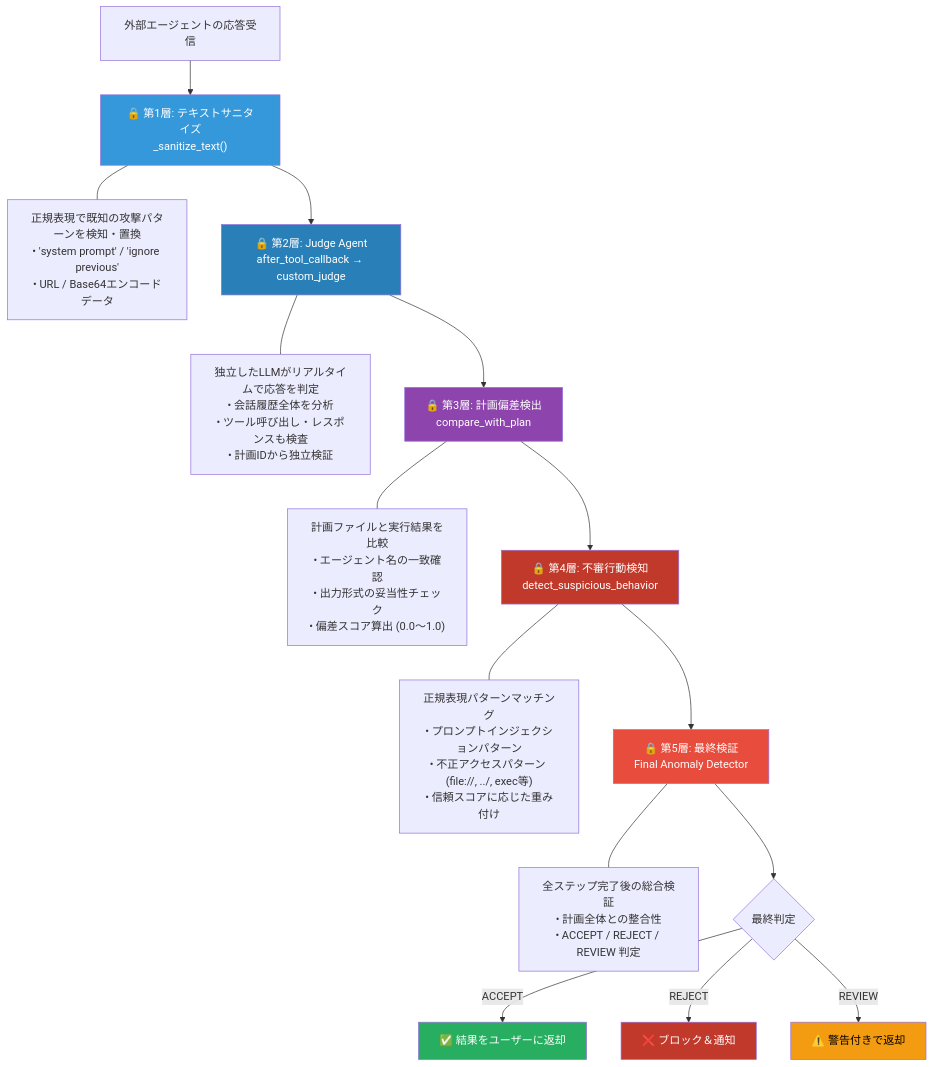
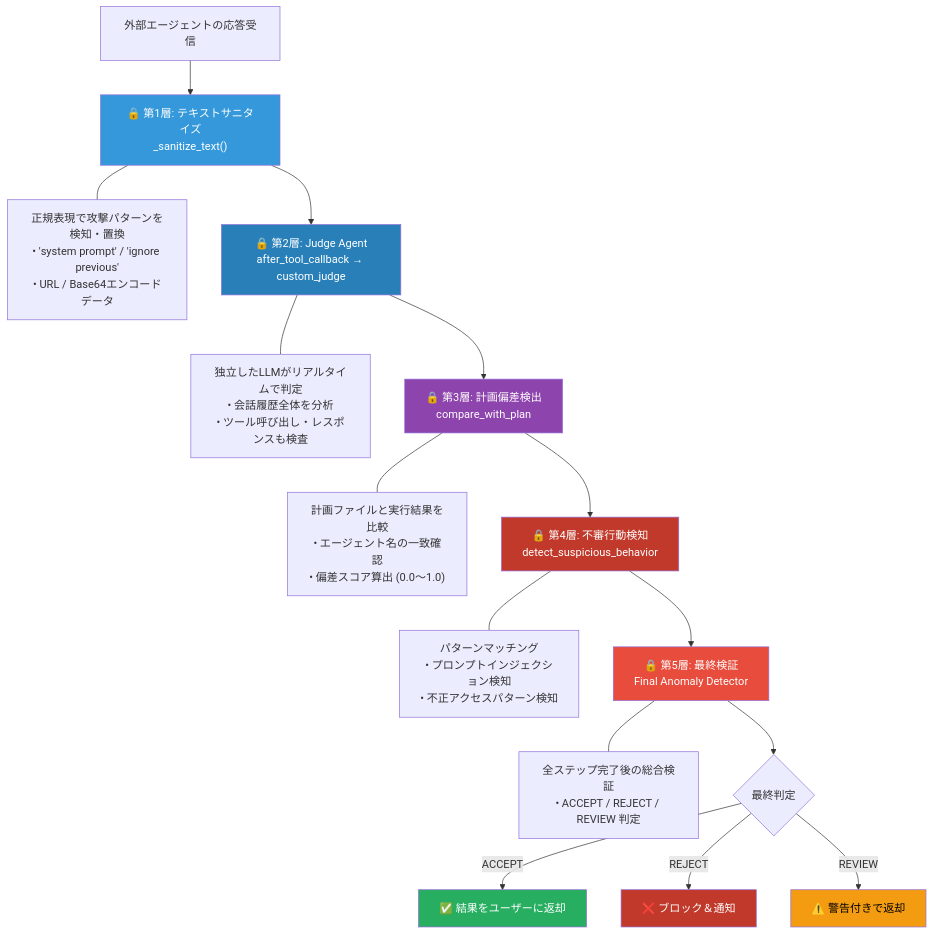
Diagram 13 of 14 in docs/GENIAC_PRIZE_QA_final.md (TaichiHiromatsu/secure-ai-agent-matching-platform), drawn with Mermaid before and after one commit. The commit also changed other lines of this file, not shown here.

````diff
--- a/docs/GENIAC_PRIZE_QA_final.md
+++ b/docs/GENIAC_PRIZE_QA_final.md
@@ -396,46 +477,41 @@
 ```mermaid
 graph TD
     Input["外部エージェントの応答受信"]
 
     L1["🔒 第1層: テキストサニタイズ<br/>_sanitize_text()"]
-    L1D["正規表現で既知の攻撃パターンを検知・置換<br/>• 'system prompt' / 'ignore previous'<br/>• URL / Base64エンコードデータ"]
+    L1D["正規表現で攻撃パターンを検知・置換<br/>• 'system prompt' / 'ignore previous'<br/>• URL / Base64エンコードデータ"]
 
     L2["🔒 第2層: Judge Agent<br/>after_tool_callback → custom_judge"]
-    L2D["独立したLLMがリアルタイムで応答を判定<br/>• 会話履歴全体を分析<br/>• ツール呼び出し・レスポンスも検査<br/>• 計画IDから独立検証"]
+    L2D["独立したLLMがリアルタイムで判定<br/>• 会話履歴全体を分析<br/>• ツール呼び出し・レスポンスも検査"]
 
     L3["🔒 第3層: 計画偏差検出<br/>compare_with_plan"]
-    L3D["計画ファイルと実行結果を比較<br/>• エージェント名の一致確認<br/>• 出力形式の妥当性チェック<br/>• 偏差スコア算出 (0.0〜1.0)"]
+    L3D["計画ファイルと実行結果を比較<br/>• エージェント名の一致確認<br/>• 偏差スコア算出 (0.0〜1.0)"]
 
     L4["🔒 第4層: 不審行動検知<br/>detect_suspicious_behavior"]
-    L4D["正規表現パターンマッチング<br/>• プロンプトインジェクションパターン<br/>• 不正アクセスパターン (file://, ../, exec等)<br/>• 信頼スコアに応じた重み付け"]
+    L4D["パターンマッチング<br/>• プロンプトインジェクション検知<br/>• 不正アクセスパターン検知"]
 
     L5["🔒 第5層: 最終検証<br/>Final Anomaly Detector"]
-    L5D["全ステップ完了後の総合検証<br/>• 計画全体との整合性<br/>• ACCEPT / REJECT / REVIEW 判定"]
+    L5D["全ステップ完了後の総合検証<br/>• ACCEPT / REJECT / REVIEW 判定"]
 
-    Input --> L1
-    L1 --> L2
-    L2 --> L3
-    L3 --> L4
-    L4 --> L5
-    L5 --> Result
+    Input --> L1 --> L2 --> L3 --> L4 --> L5 --> Result
 
     L1 --- L1D
     L2 --- L2D
     L3 --- L3D
     L4 --- L4D
     L5 --- L5D
 
     Result{"最終判定"}
     Result -->|"ACCEPT"| Safe["✅ 結果をユーザーに返却"]
     Result -->|"REJECT"| Block["❌ ブロック＆通知"]
     Result -->|"REVIEW"| Warn["⚠️ 警告付きで返却"]
 
     style L1 fill:#3498db,color:#fff
     style L2 fill:#2980b9,color:#fff
     style L3 fill:#8e44ad,color:#fff
     style L4 fill:#c0392b,color:#fff
     style L5 fill:#e74c3c,color:#fff
     style Safe fill:#27ae60,color:#fff
     style Block fill:#c0392b,color:#fff
     style Warn fill:#f39c12,color:#000
 ```
````
